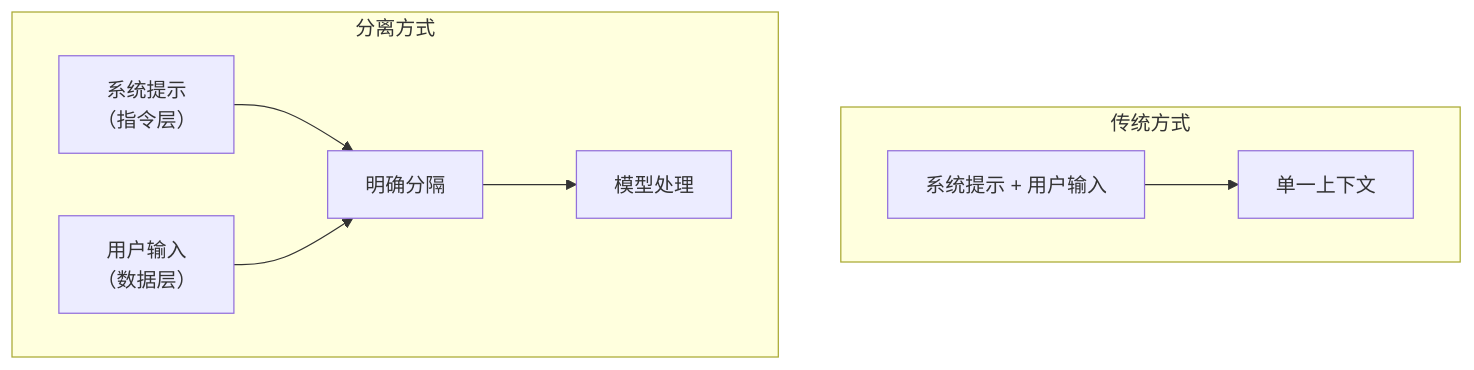
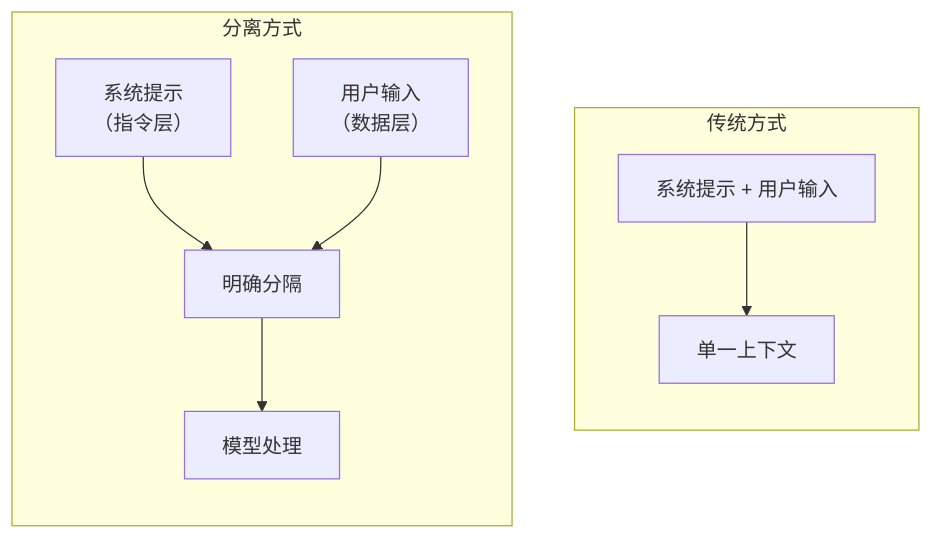
One commit to yeasy/ai_security_guide changed the first of 3 diagrams in 04_prompt_injection/4.5_injection_defense.md. Above: the diagram before and after it, drawn with Mermaid. The commit also changed other lines of this file and 74 other files, not shown here.

````diff
--- a/04_prompt_injection/4.5_injection_defense.md
+++ b/04_prompt_injection/4.5_injection_defense.md
@@ -50,14 +48,16 @@
 ```mermaid
 flowchart TB
-    subgraph "传统方式"
-    A1["系统提示 + 用户输入"] --> B1["单一上下文"]
+    subgraph traditional_way ["传统方式"]
+        direction TB
+        A1["系统提示 + 用户输入"] --> B1["单一上下文"]
     end
 
-    subgraph "分离方式"
-    A2["系统提示<br/>（指令层）"]
-    B2["用户输入<br/>（数据层）"]
-    A2 --> C2["明确分隔"]
-    B2 --> C2
-    C2 --> D2["模型处理"]
+    subgraph separated_way ["分离方式"]
+        direction TB
+        A2["系统提示<br/>（指令层）"]
+        B2["用户输入<br/>（数据层）"]
+        A2 --> C2["明确分隔"]
+        B2 --> C2
+        C2 --> D2["模型处理"]
     end
 ```
````
